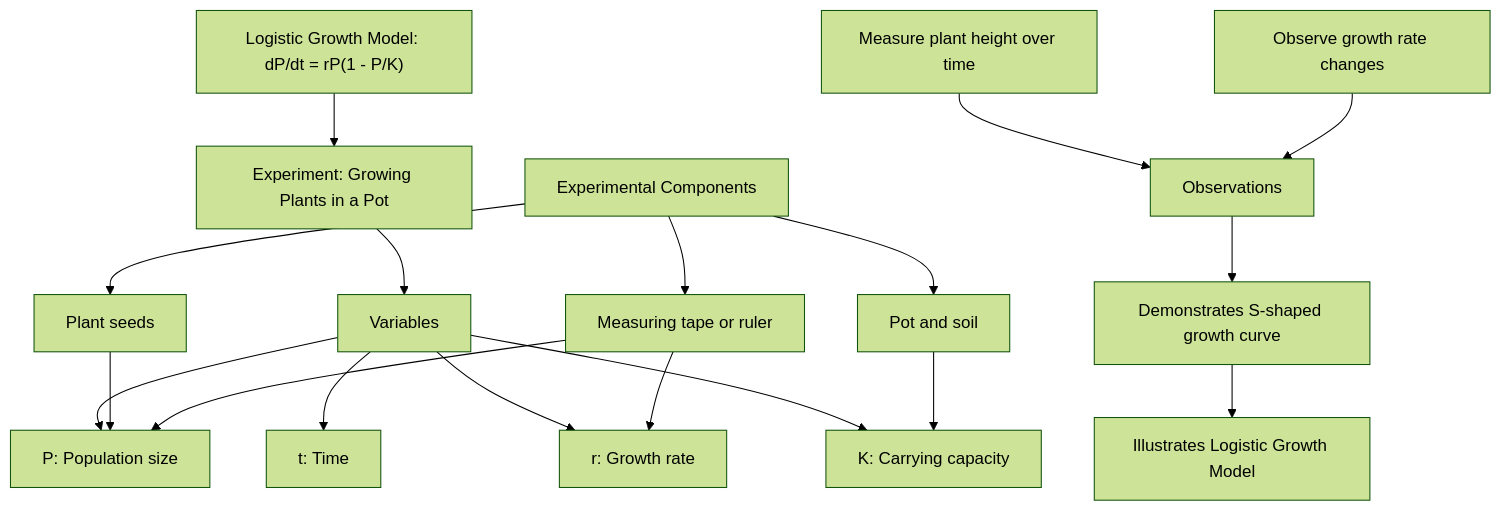
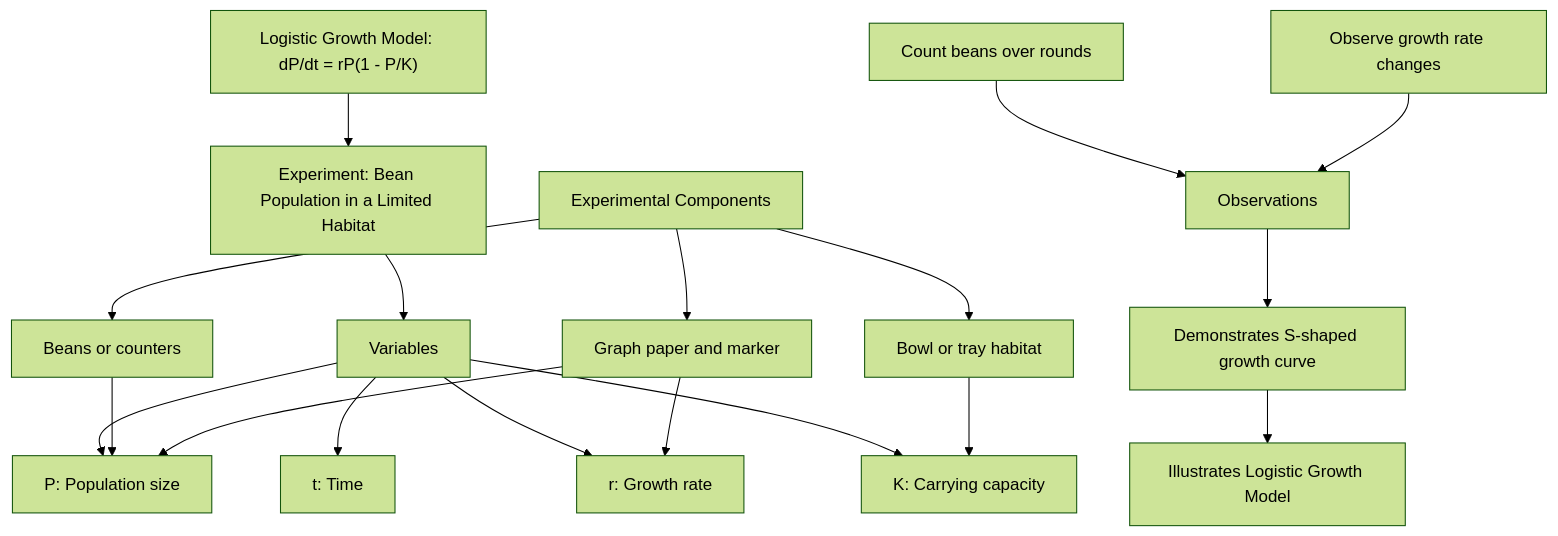
Before and after one commit to Josh-XT/math: diagram 14 of 35 in README.md, drawn with Mermaid (forest theme). The commit also changed other lines of this file, not shown here.

````diff
--- a/README.md
+++ b/README.md
@@ -1264,25 +1270,25 @@
 ```mermaid
 graph TD
-    A["Logistic Growth Model: dP/dt = rP(1 - P/K)"] --> B["Experiment: Growing Plants in a Pot"]
+    A["Logistic Growth Model: dP/dt = rP(1 - P/K)"] --> B["Experiment: Bean Population in a Limited Habitat"]
     B --> C["Variables"]
     C --> D["P: Population size"]
     C --> E["t: Time"]
     C --> F["r: Growth rate"]
     C --> G["K: Carrying capacity"]
     
-    H["Experimental Components"] --> I["Plant seeds"]
-    H --> J["Pot and soil"]
-    H --> K["Measuring tape or ruler"]
+    H["Experimental Components"] --> I["Beans or counters"]
+    H --> J["Bowl or tray habitat"]
+    H --> K["Graph paper and marker"]
     
     I --> D
     J --> G
     K --> D
     K --> F
     
     L["Observations"]
-    M["Measure plant height over time"] --> L
+    M["Count beans over rounds"] --> L
     N["Observe growth rate changes"] --> L
     
     L --> O["Demonstrates S-shaped growth curve"]
     O --> P["Illustrates Logistic Growth Model"]
 ```
````
